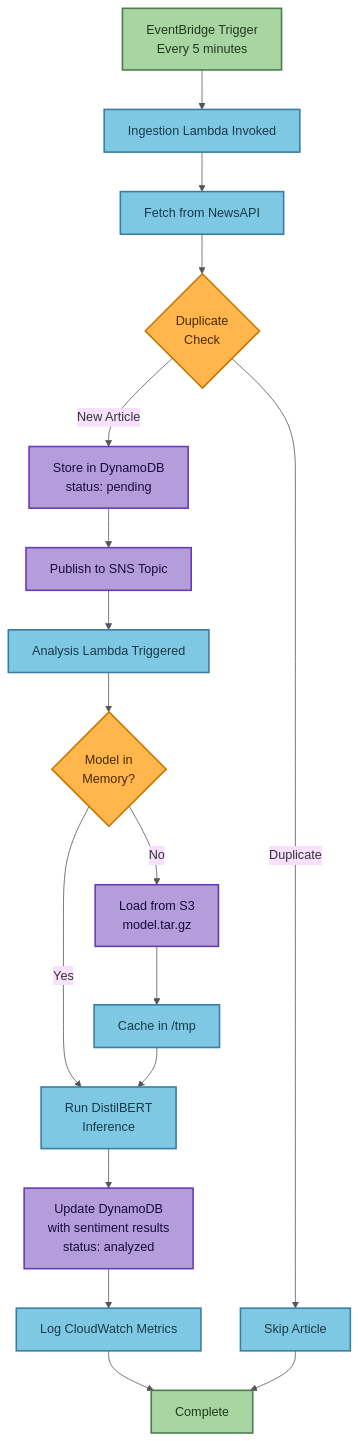
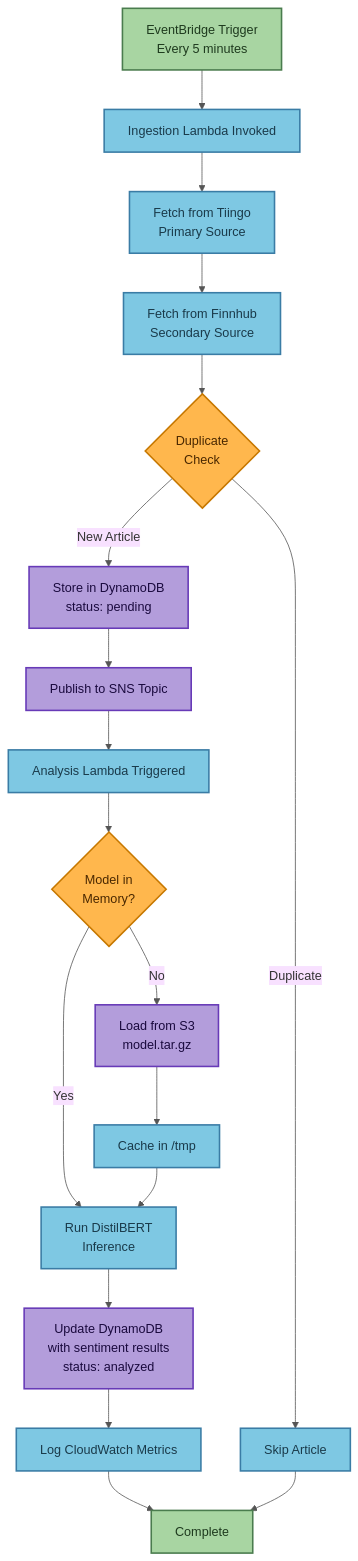
One commit to traylorre/sentiment-analyzer-gsk changed the first of 10 diagrams in docs/OPERATIONAL_FLOWS.md. Above: the diagram before and after it, drawn with Mermaid. The commit also changed other lines of this file and 6 other files, not shown here.

First line of the commit message:
docs: Update documentation for Feature 006 (Tiingo/Finnhub)

````diff
--- a/docs/OPERATIONAL_FLOWS.md
+++ b/docs/OPERATIONAL_FLOWS.md
@@ -35,30 +35,31 @@
 ```mermaid
 %%{init: {'theme':'base', 'themeVariables': {'primaryColor':'#fff8e1', 'primaryTextColor':'#333', 'primaryBorderColor':'#c9a227', 'lineColor':'#555'}}}%%
 flowchart TD
     Start[EventBridge Trigger<br/>Every 5 minutes] --> Ingest[Ingestion Lambda Invoked]
-    Ingest --> FetchAPI[Fetch from NewsAPI]
-    FetchAPI --> CheckDup{Duplicate<br/>Check}
+    Ingest --> FetchTiingo[Fetch from Tiingo<br/>Primary Source]
+    FetchTiingo --> FetchFinnhub[Fetch from Finnhub<br/>Secondary Source]
+    FetchFinnhub --> CheckDup{Duplicate<br/>Check}
     CheckDup -->|New Article| StoreDDB[Store in DynamoDB<br/>status: pending]
     CheckDup -->|Duplicate| Skip[Skip Article]
     StoreDDB --> PublishSNS[Publish to SNS Topic]
     PublishSNS --> AnalysisLambda[Analysis Lambda Triggered]
     AnalysisLambda --> LoadModel{Model in<br/>Memory?}
     LoadModel -->|No| FetchS3[Load from S3<br/>model.tar.gz]
     LoadModel -->|Yes| RunInference
     FetchS3 --> CacheModel[Cache in /tmp]
     CacheModel --> RunInference[Run DistilBERT<br/>Inference]
     RunInference --> UpdateDDB[Update DynamoDB<br/>with sentiment results<br/>status: analyzed]
     UpdateDDB --> LogMetrics[Log CloudWatch Metrics]
     LogMetrics --> End[Complete]
     Skip --> End
 
     classDef successNode fill:#a8d5a2,stroke:#4a7c4e,stroke-width:2px,color:#1e3a1e
     classDef processNode fill:#7ec8e3,stroke:#3a7ca5,stroke-width:2px,color:#1a3a4a
     classDef decisionNode fill:#ffb74d,stroke:#c77800,stroke-width:2px,color:#4a2800
     classDef storageNode fill:#b39ddb,stroke:#673ab7,stroke-width:2px,color:#1a0a3e
 
     class Start,End successNode
-    class Ingest,AnalysisLambda,FetchAPI,RunInference,CacheModel,LogMetrics,Skip processNode
+    class Ingest,AnalysisLambda,FetchTiingo,FetchFinnhub,RunInference,CacheModel,LogMetrics,Skip processNode
     class CheckDup,LoadModel decisionNode
     class StoreDDB,UpdateDDB,FetchS3,PublishSNS storageNode
 ```
````
